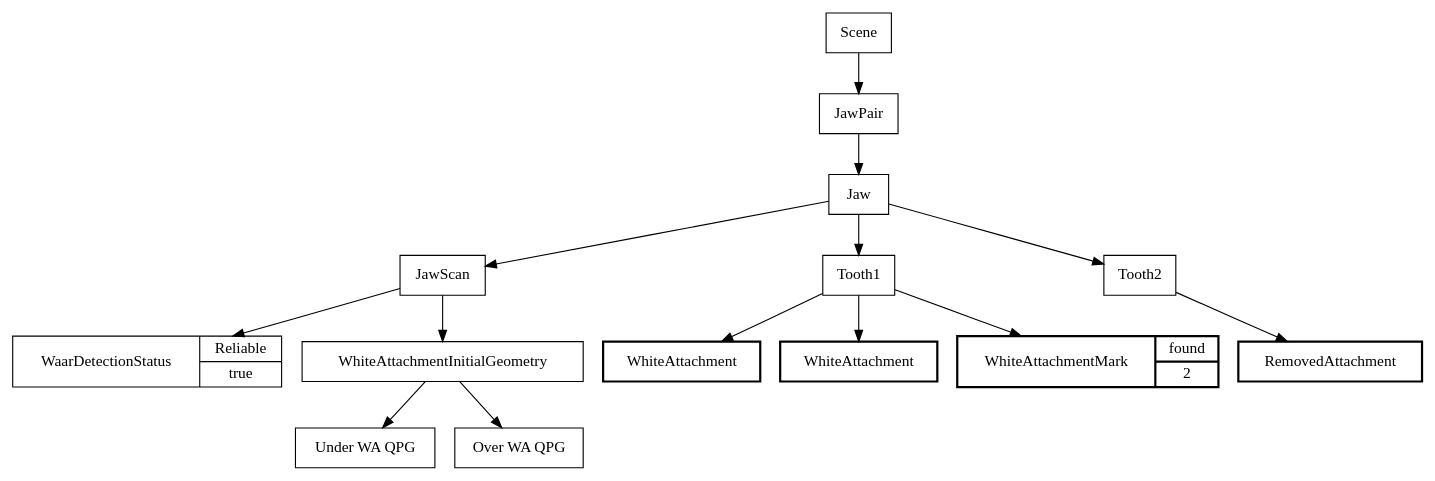
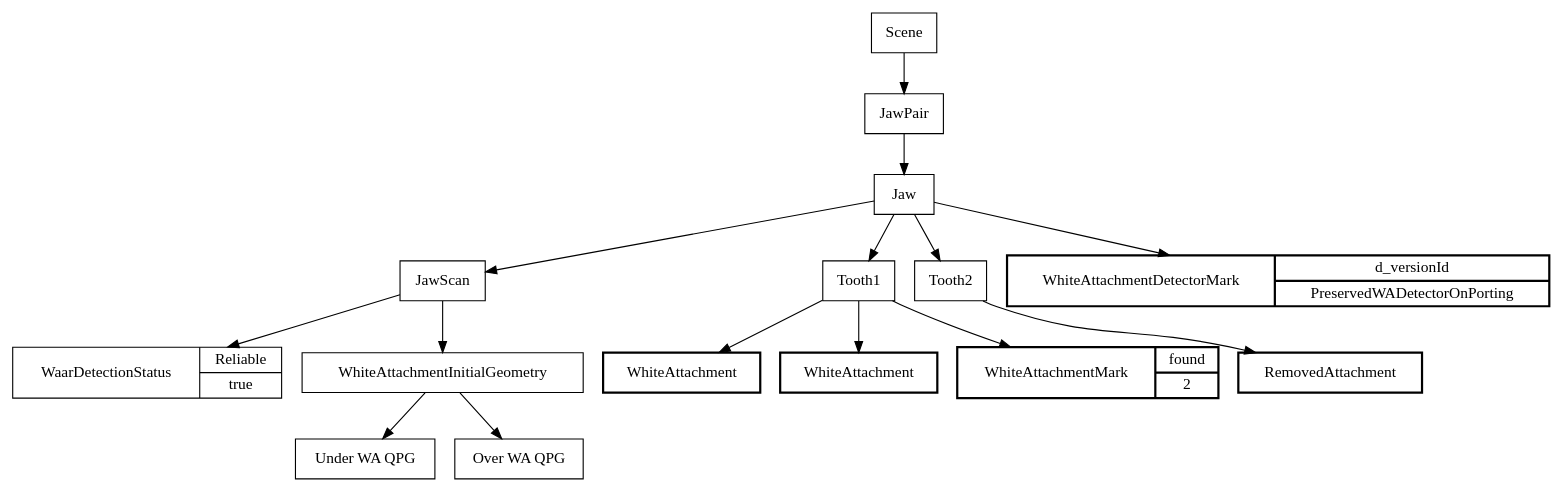
One commit to beliaevs/latex_docs changed the diagram in dots/WhiteAttachmentObjects.dot. Above: the diagram before and after it, drawn with Graphviz. The commit also changed 1 other file, not shown here.

Commit message:
White attachments and finite fields

```diff
--- a/dots/WhiteAttachmentObjects.dot
+++ b/dots/WhiteAttachmentObjects.dot
@@ -1,22 +1,24 @@
 digraph WhiteAttachments {
     node [shape=record];
     Scene -> JawPair -> Jaw -> JawScan;
     
     status [label="<detectstatus>WaarDetectionStatus | {Reliable | true}"];
    
     JawScan -> status;
     
     WAInitialGeometry1 [label="WhiteAttachmentInitialGeometry"];
     WAUnderGeom1 [label = "Under WA QPG"];
     WAOverGeom1 [label = "Over WA QPG"];
     WAInitialGeometry1 -> {WAUnderGeom1, WAOverGeom1};
     JawScan -> WAInitialGeometry1;
     Jaw -> {Tooth1, Tooth2};
     WhiteAttachment1[style = bold, label = "WhiteAttachment"];
     WhiteAttachment2[style = bold, label = "WhiteAttachment"];
     Tooth1 -> {WhiteAttachment1, WhiteAttachment2};
     WAMark1 [style = bold, label = "<WAMark>WhiteAttachmentMark|{found|2}"];
     Tooth1 -> WAMark1;
     RemovedAttachment[style = bold];
     Tooth2 -> RemovedAttachment;
+    WhiteAttachmentDetectorMark[style=bold, label="WhiteAttachmentDetectorMark|{d_versionId|PreservedWADetectorOnPorting}"];
+    Jaw -> WhiteAttachmentDetectorMark;
 }
```
